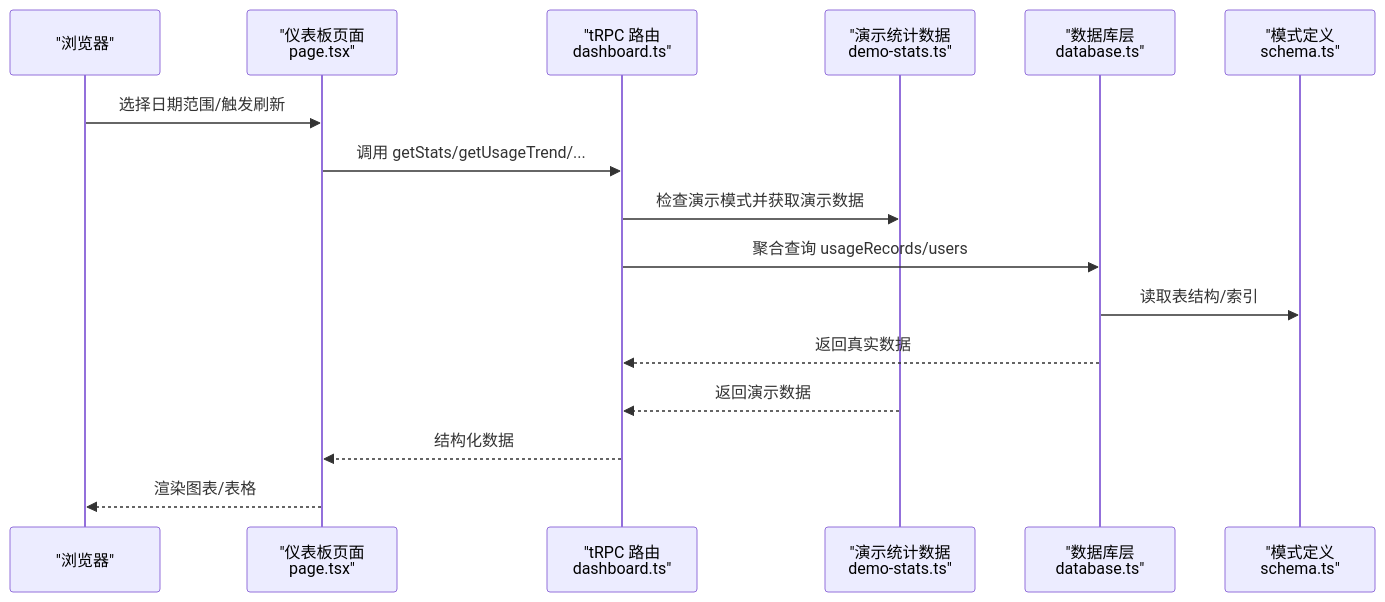
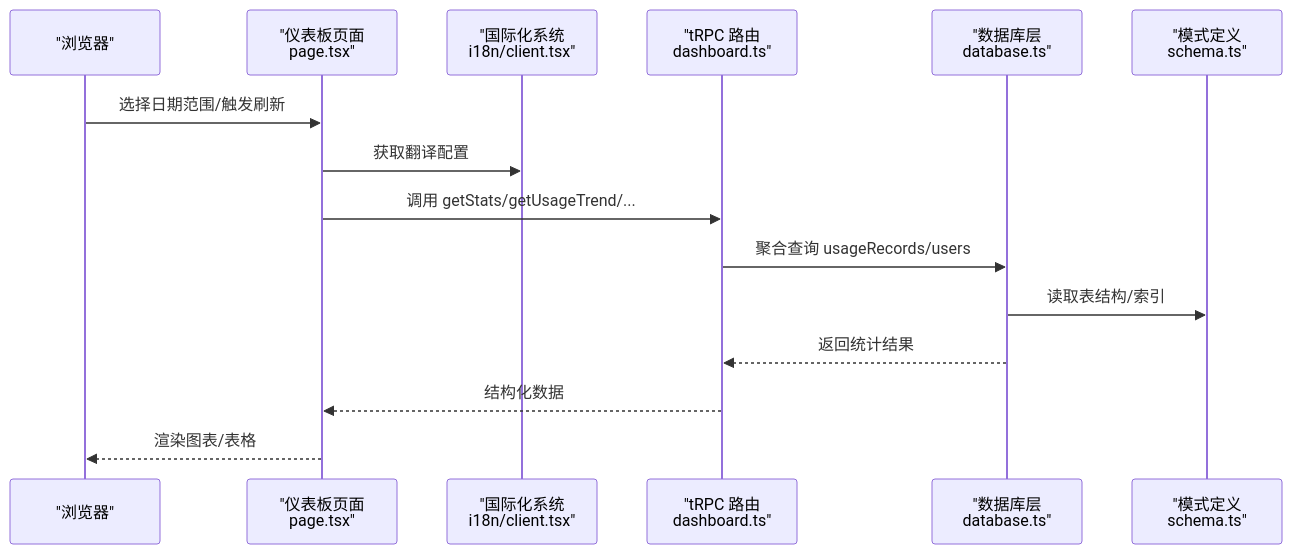
Before and after one commit to RadiumAg/AIGate: the second of 13 diagrams in .qoder/repowiki/zh/content/监控与分析/监控与分析.md, drawn with Mermaid. The commit also changed other lines of this file and 15 other files, not shown here.

````diff
--- a/.qoder/repowiki/zh/content/监控与分析/监控与分析.md
+++ b/.qoder/repowiki/zh/content/监控与分析/监控与分析.md
@@ -170,18 +143,17 @@
 ```mermaid
 sequenceDiagram
 participant Client as "浏览器"
 participant Page as "仪表板页面<br/>page.tsx"
+participant I18n as "国际化系统<br/>i18n/client.tsx"
 participant TRPC as "tRPC 路由<br/>dashboard.ts"
-participant DemoStats as "演示统计数据<br/>demo-stats.ts"
 participant DB as "数据库层<br/>database.ts"
 participant Schema as "模式定义<br/>schema.ts"
 Client->>Page : 选择日期范围/触发刷新
+Page->>I18n : 获取翻译配置
 Page->>TRPC : 调用 getStats/getUsageTrend/...
-TRPC->>DemoStats : 检查演示模式并获取演示数据
 TRPC->>DB : 聚合查询 usageRecords/users
 DB->>Schema : 读取表结构/索引
-DB-->>TRPC : 返回真实数据
-DemoStats-->>TRPC : 返回演示数据
+DB-->>TRPC : 返回统计结果
 TRPC-->>Page : 结构化数据
 Page-->>Client : 渲染图表/表格
 ```
````
